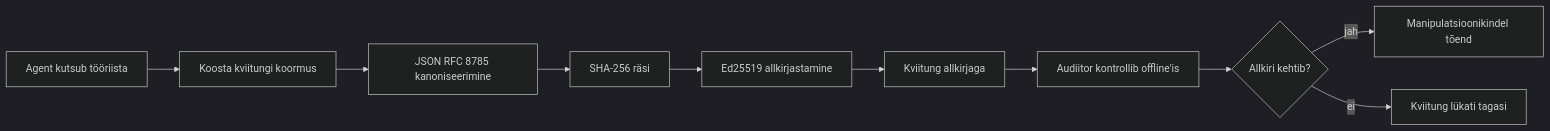
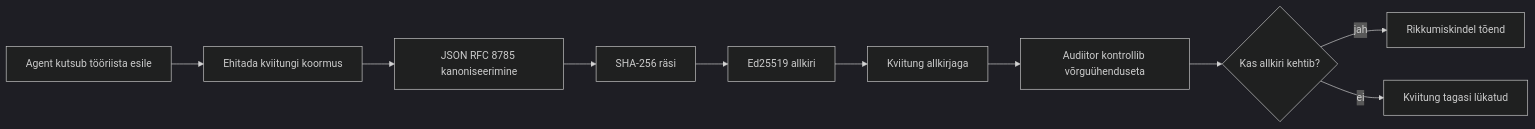
One commit to gabrielmoreira/agent-skills-mirror changed the first of 2 diagrams in mirrors/repos/microsoft@ai-agents-for-beginners/translations/et/18-securing-ai-agents/README.md. Above: the diagram before and after it, drawn with Mermaid (dark theme). The commit also changed other lines of this file and 2285 other files, not shown here.

````diff
--- a/mirrors/repos/microsoft@ai-agents-for-beginners/translations/et/18-securing-ai-agents/README.md
+++ b/mirrors/repos/microsoft@ai-agents-for-beginners/translations/et/18-securing-ai-agents/README.md
@@ -51,12 +51,12 @@
 ```mermaid
 flowchart LR
-    A[Agent kutsub tööriista] --> B[Koosta kviitungi koormus]
+    A[Agent kutsub tööriista esile] --> B[Ehitada kviitungi koormus]
     B --> C[JSON RFC 8785 kanoniseerimine]
     C --> D[SHA-256 räsi]
-    D --> E[Ed25519 allkirjastamine]
+    D --> E[Ed25519 allkiri]
     E --> F[Kviitung allkirjaga]
-    F --> G[Audiitor kontrollib offline'is]
-    G --> H{Allkiri kehtib?}
-    H -- jah --> I[Manipulatsioonikindel tõend]
-    H -- ei --> J[Kviitung lükati tagasi]
+    F --> G[Audiitor kontrollib võrguühenduseta]
+    G --> H{Kas allkiri kehtib?}
+    H -- jah --> I[Rikkumiskindel tõend]
+    H -- ei --> J[Kviitung tagasi lükatud]
 ```
````
